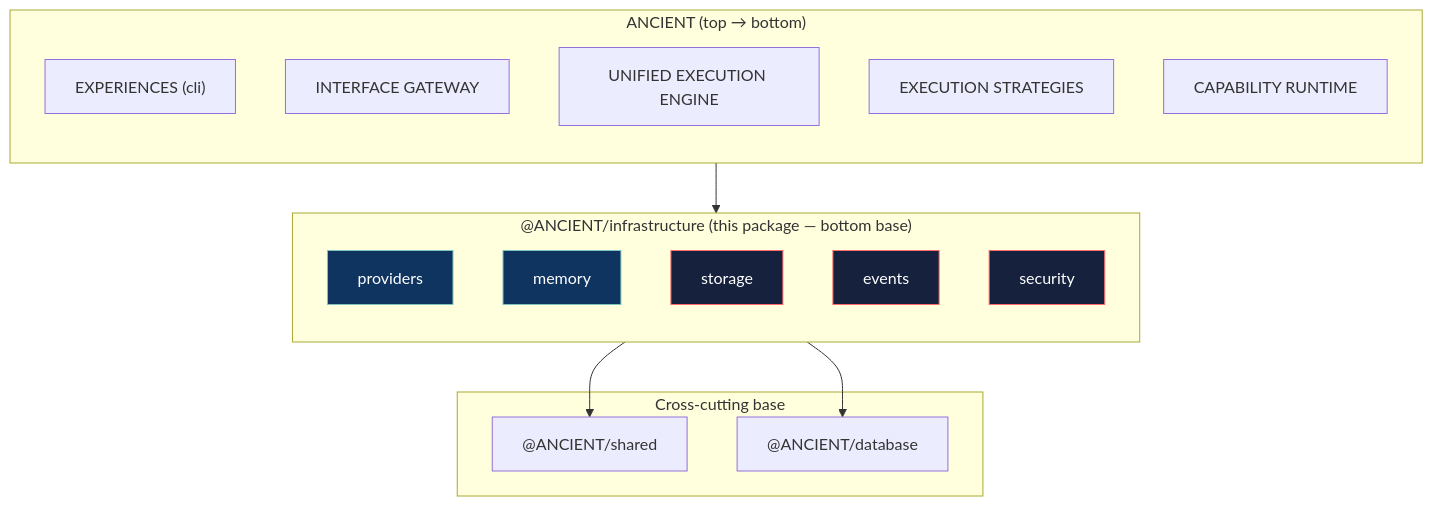
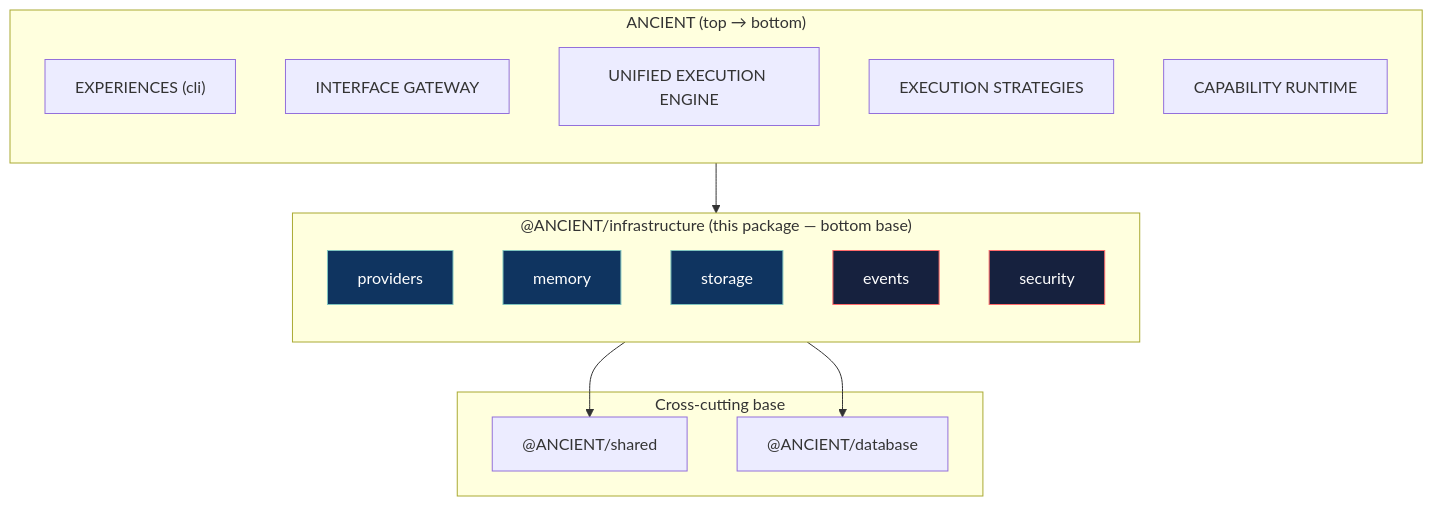
Before and after one commit to D-engahmed/ancient: the first of 4 diagrams in packages/infrastructure/README.md, drawn with Mermaid. The commit also changed other lines of this file and 1 other file, not shown here.

````diff
--- a/packages/infrastructure/README.md
+++ b/packages/infrastructure/README.md
@@ -6,35 +6,35 @@
 ```mermaid
 flowchart TB
     subgraph LAYERS["ANCIENT (top → bottom)"]
         direction TB
         EXP["EXPERIENCES (cli)"]
         GW["INTERFACE GATEWAY"]
         ENG["UNIFIED EXECUTION ENGINE"]
         STRAT["EXECUTION STRATEGIES"]
         CAP["CAPABILITY RUNTIME"]
     end
 
     subgraph INFRA["@ANCIENT/infrastructure (this package — bottom base)"]
         direction TB
         PROV["providers"]
         MEM["memory"]
         STO["storage"]
         EVT["events"]
         SEC["security"]
     end
 
     subgraph BASE["Cross-cutting base"]
         SHARED["@ANCIENT/shared"]
         DB["@ANCIENT/database"]
     end
 
     LAYERS --> INFRA
     INFRA --> SHARED
     INFRA --> DB
 
     style PROV fill:#0f3460,stroke:#7FC4BE,color:#fff
     style MEM fill:#0f3460,stroke:#7FC4BE,color:#fff
-    style STO fill:#16213e,stroke:#ff6b6b,color:#fff
+    style STO fill:#0f3460,stroke:#7FC4BE,color:#fff
     style EVT fill:#16213e,stroke:#ff6b6b,color:#fff
     style SEC fill:#16213e,stroke:#ff6b6b,color:#fff
 ```
````
